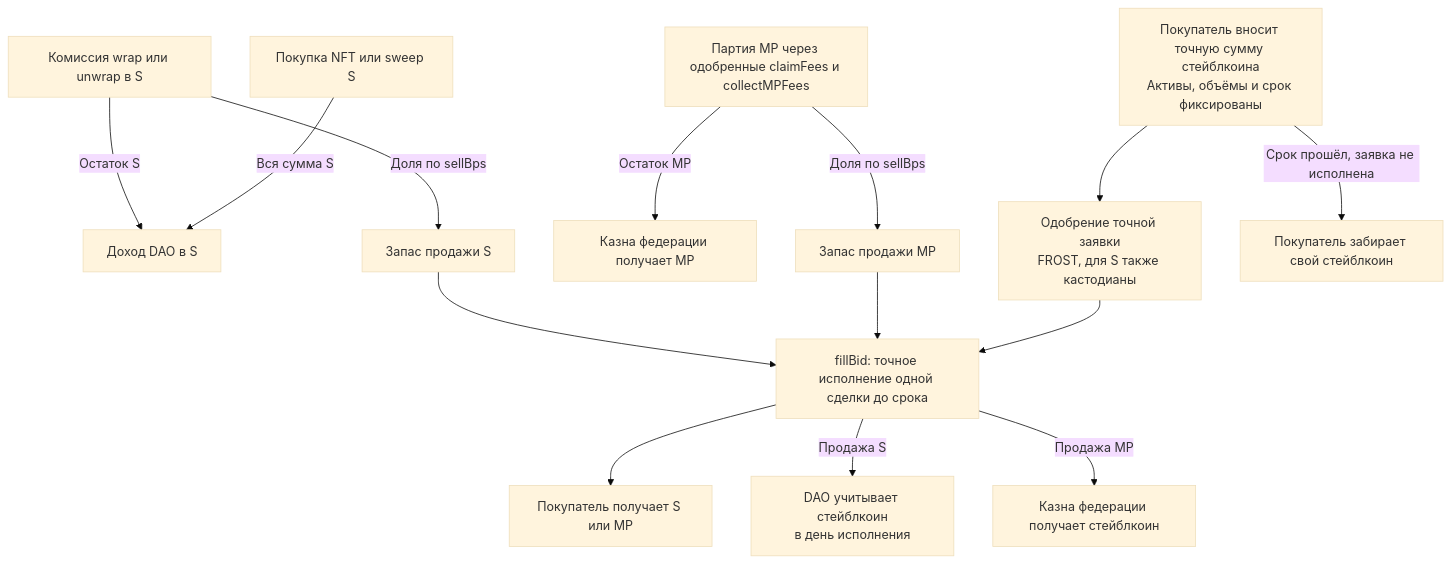
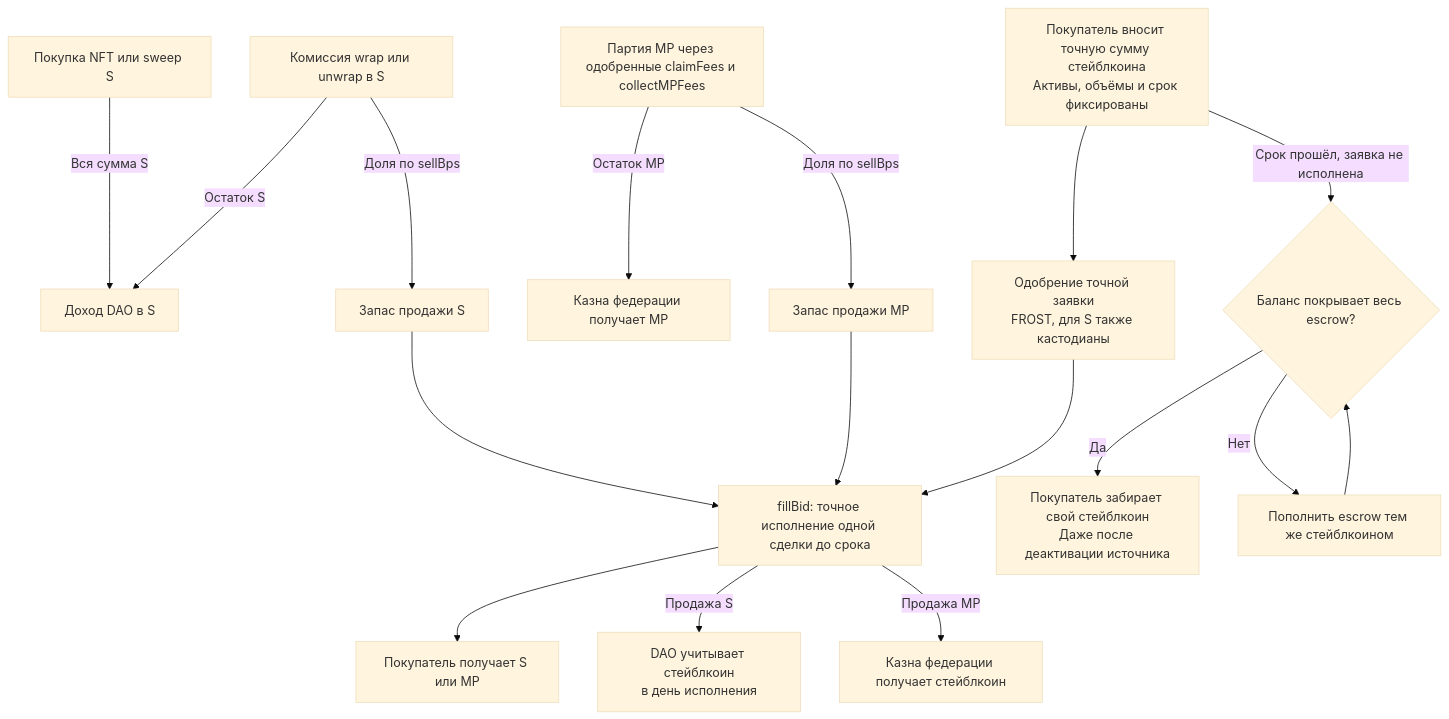
The fourth of 4 diagrams in docs/FEE_FLOW.md (SergeyBelets/SatFiSetup), drawn with Mermaid (base theme) before and after one commit. The commit also changed other lines of this file and 364 other files, not shown here.

````diff
--- a/docs/FEE_FLOW.md
+++ b/docs/FEE_FLOW.md
@@ -194,18 +194,21 @@
 ```mermaid
 flowchart TD
     accTitle: Продажа комиссий S и MP за заранее внесённые стейблкоины
     accDescr: Продажа получает долю комиссии wrap или unwrap в S либо одобренной партии MP. Оплата NFT и прямые поступления S целиком учитываются DAO. Исполнение использует стейблкоин профинансированной заявки.
     S["Комиссия wrap или unwrap в S"] -->|"Остаток S"| DS["Доход DAO в S"]
     PASS["Покупка NFT или sweep S"] -->|"Вся сумма S"| DS
     S -->|"Доля по sellBps"| SS["Запас продажи S"]
     MP["Партия MP через одобренные claimFees и collectMPFees"] -->|"Остаток MP"| FT["Казна федерации получает MP"]
     MP -->|"Доля по sellBps"| MS["Запас продажи MP"]
     BID["Покупатель вносит точную сумму стейблкоина<br/>Активы, объёмы и срок фиксированы"] --> AUTH["Одобрение точной заявки<br/>FROST, для S также кастодианы"]
-    BID -->|"Срок прошёл, заявка не исполнена"| REF["Покупатель забирает свой стейблкоин"]
+    BID -->|"Срок прошёл, заявка не исполнена"| CHECK{"Баланс покрывает весь escrow?"}
+    CHECK -->|"Да"| REF["Покупатель забирает свой стейблкоин<br/>Даже после деактивации источника"]
+    CHECK -->|"Нет"| TOP["Пополнить escrow тем же стейблкоином"]
+    TOP --> CHECK
     SS --> FILL["fillBid: точное исполнение одной сделки до срока"]
     MS --> FILL
     AUTH --> FILL
     FILL --> BUY["Покупатель получает S или MP"]
     FILL -->|"Продажа S"| IN["DAO учитывает стейблкоин<br/>в день исполнения"]
     FILL -->|"Продажа MP"| OUT["Казна федерации получает стейблкоин"]
 ```
````
